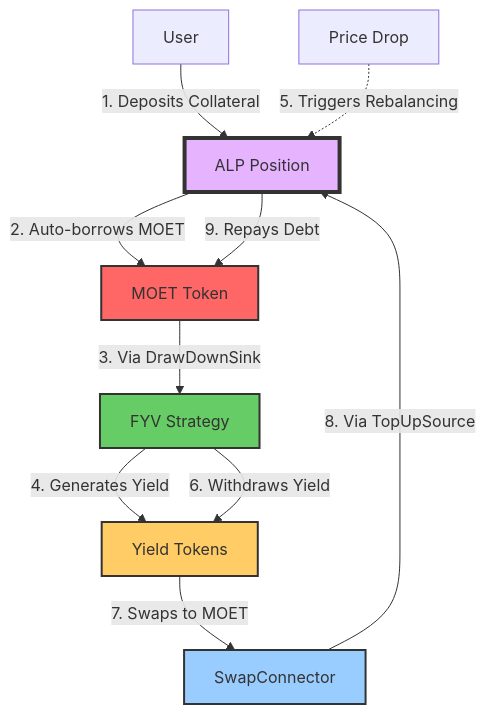
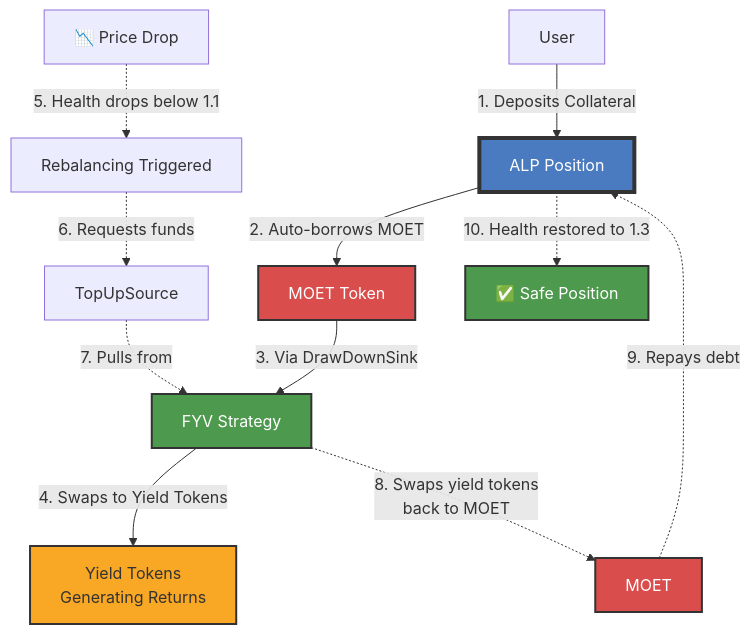
Before and after one commit to onflow/docs: the diagram in docs/defi/alp/index.md, drawn with Mermaid. The commit also changed 12 other files, not shown here.

````diff
--- a/docs/defi/alp/index.md
+++ b/docs/defi/alp/index.md
@@ -43,19 +43,21 @@
 ```mermaid
 graph TB
     User[User] -->|1. Deposits Collateral| ALP[ALP Position]
     ALP -->|2. Auto-borrows MOET| MOET[MOET Token]
     MOET -->|3. Via DrawDownSink| FYV[FYV Strategy]
-    FYV -->|4. Generates Yield| Yield[Yield Tokens]
+    FYV -->|4. Swaps to Yield Tokens| Yield[Yield Tokens<br/>Generating Returns]
 
-    Price[Price Drop] -.->|5. Triggers Rebalancing| ALP
-    FYV -->|6. Withdraws Yield| Yield
-    Yield -->|7. Swaps to MOET| Swap[SwapConnector]
-    Swap -->|8. Via TopUpSource| ALP
-    ALP -->|9. Repays Debt| MOET
+    Price[📉 Price Drop] -.->|5. Health drops below 1.1| Trigger[Rebalancing Triggered]
+    Trigger -.->|6. Requests funds| TopUp[TopUpSource]
+    TopUp -.->|7. Pulls from| FYV
+    FYV -.->|8. Swaps yield tokens<br/>back to MOET| MOET_Return[MOET]
+    MOET_Return -.->|9. Repays debt| ALP
+    ALP -.->|10. Health restored to 1.3| Safe[✅ Safe Position]
 
-    style ALP fill:#e6b3ff,stroke:#333,stroke-width:4px
-    style FYV fill:#66cc66,stroke:#333,stroke-width:2px
-    style MOET fill:#ff6666,stroke:#333,stroke-width:2px
-    style Yield fill:#ffcc66,stroke:#333,stroke-width:2px
-    style Swap fill:#99ccff,stroke:#333,stroke-width:2px
+    style ALP fill:#4a7abf,stroke:#333,stroke-width:4px,color:#fff
+    style FYV fill:#4d994d,stroke:#333,stroke-width:2px,color:#fff
+    style MOET fill:#d94d4d,stroke:#333,stroke-width:2px,color:#fff
+    style MOET_Return fill:#d94d4d,stroke:#333,stroke-width:2px,color:#fff
+    style Yield fill:#f9a825,stroke:#333,stroke-width:2px
+    style Safe fill:#4d994d,stroke:#333,stroke-width:2px,color:#fff
 ```
````
